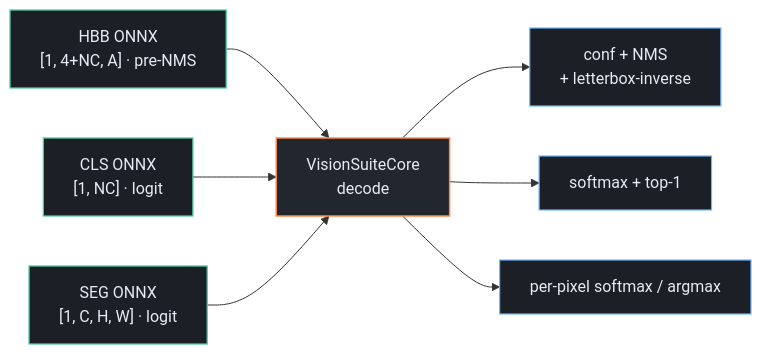
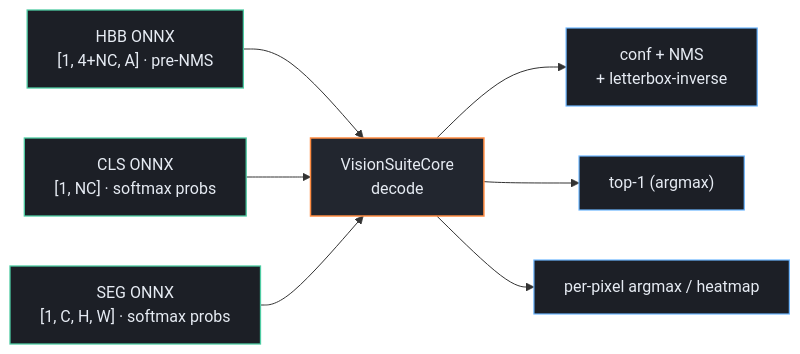
The fourth of 4 diagrams in README.md (CVKim/VisionSuiteTrain), drawn with Mermaid before and after one commit. The commit also changed other lines of this file and 3 other files, not shown here.

First line of the commit message:
feat: CLS/SEG softmax 베이킹 (참조 코어 export 컨트랙트 정합)

````diff
--- a/README.md
+++ b/README.md
@@ -103,13 +103,13 @@
 ```mermaid
 flowchart LR
     classDef m fill:#1c1f26,stroke:#4ecca3,stroke-width:1.3px,color:#e6ebf3
     classDef c fill:#22262f,stroke:#ff8c42,stroke-width:1.5px,color:#e6ebf3
     classDef v fill:#1c1f26,stroke:#6cb6ff,stroke-width:1.2px,color:#e6ebf3
 
     H["HBB ONNX<br/>[1, 4+NC, A] · pre-NMS"]:::m --> VC
-    CL["CLS ONNX<br/>[1, NC] · logit"]:::m --> VC
-    SG["SEG ONNX<br/>[1, C, H, W] · logit"]:::m --> VC
+    CL["CLS ONNX<br/>[1, NC] · softmax probs"]:::m --> VC
+    SG["SEG ONNX<br/>[1, C, H, W] · softmax probs"]:::m --> VC
     VC["VisionSuiteCore<br/>decode"]:::c --> O1["conf + NMS<br/>+ letterbox-inverse"]:::v
-    VC --> O2["softmax + top-1"]:::v
-    VC --> O3["per-pixel softmax / argmax"]:::v
+    VC --> O2["top-1 (argmax)"]:::v
+    VC --> O3["per-pixel argmax / heatmap"]:::v
 ```
````
